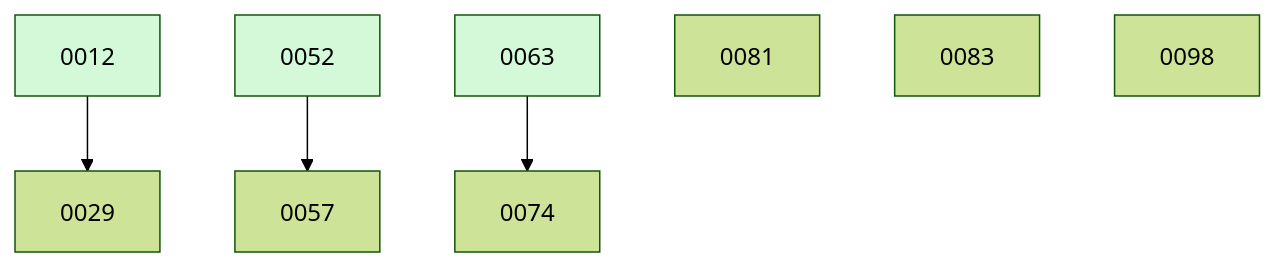
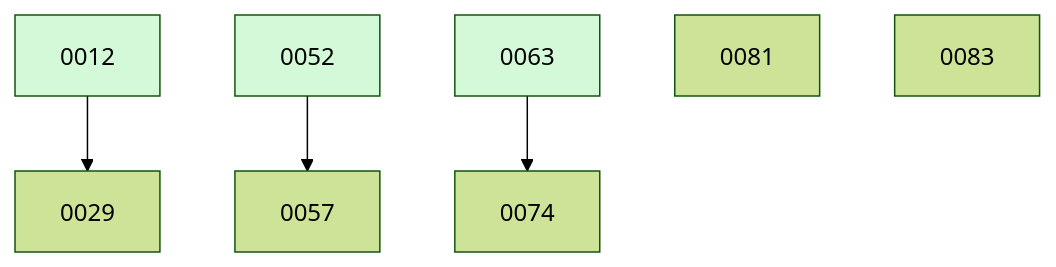
One commit to ethanhinson/fuse changed the diagram in docs/changes/BOARD.md. Above: the diagram before and after it, drawn with Mermaid (forest theme). The commit also changed other lines of this file and 4 other files, not shown here.

````diff
--- a/docs/changes/BOARD.md
+++ b/docs/changes/BOARD.md
@@ -31,13 +25,12 @@
 ```mermaid
 graph TD
   0012 --> 0029
   0052 --> 0057
   0063 --> 0074
   0081
   0083
-  0098
   0012:::done
   0052:::done
   0063:::done
   classDef done fill:#d3f9d8;
 ```
````
